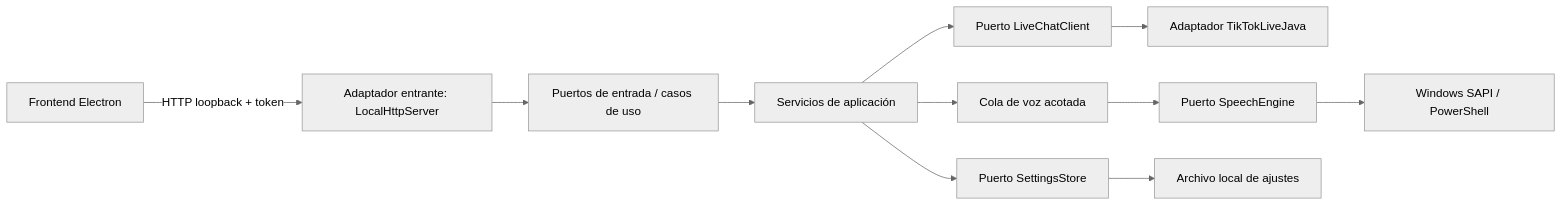
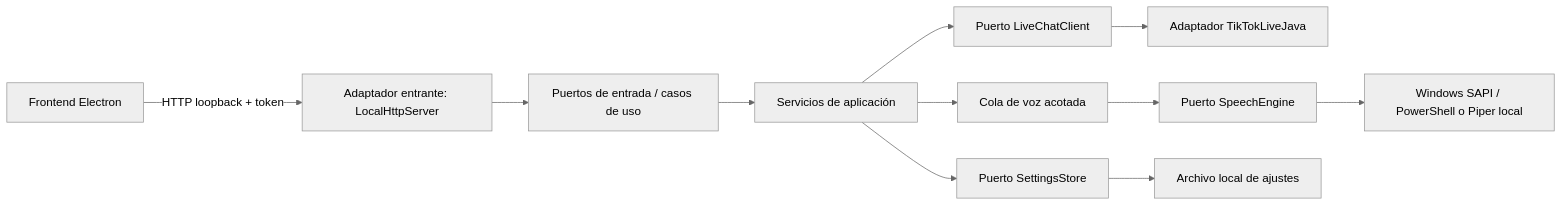
One commit to zero780/live-chat-tts changed the diagram in backend/README.es.md. Above: the diagram before and after it, drawn with Mermaid (neutral theme). The commit also changed other lines of this file and 29 other files, not shown here.

````diff
--- a/backend/README.es.md
+++ b/backend/README.es.md
@@ -19,13 +20,13 @@
 ```mermaid
 graph LR
   UI[Frontend Electron] -->|HTTP loopback + token| HTTP[Adaptador entrante: LocalHttpServer]
   HTTP --> IN[Puertos de entrada / casos de uso]
   IN --> APP[Servicios de aplicación]
   APP --> Q[Cola de voz acotada]
   APP --> LIVE[Puerto LiveChatClient]
   LIVE --> TT[Adaptador TikTokLiveJava]
   Q --> SAPI[Puerto SpeechEngine]
-  SAPI --> PS[Windows SAPI / PowerShell]
+  SAPI --> PS[Windows SAPI / PowerShell o Piper local]
   APP --> STORE[Puerto SettingsStore]
   STORE --> FILE[Archivo local de ajustes]
 ```
````
